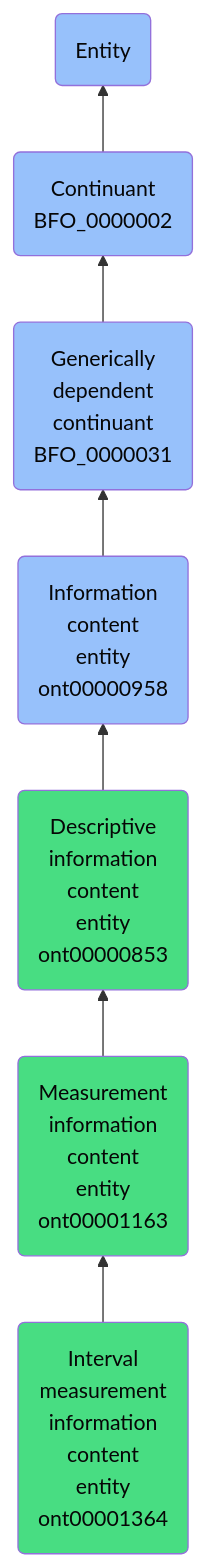
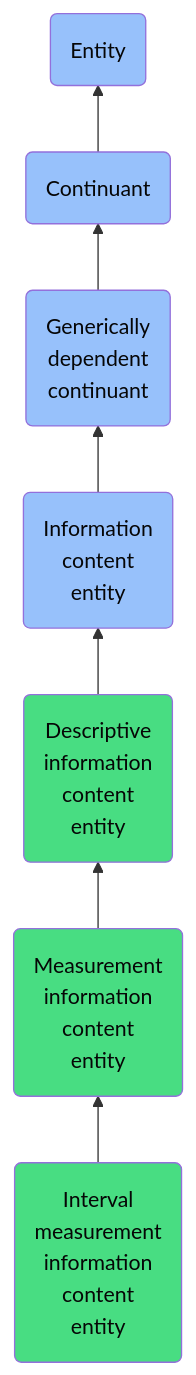
One commit to jupyter-naas/abi changed the diagram in docs/ontology/reference/model/Entity/Continuant/Generically dependent continuant/Information content entity/Descriptive information content entity/Measurement information content entity/Interval measurement information content entity/Interval measurement information content entity.md. Above: the diagram before and after it, drawn with Mermaid. The commit also changed other lines of this file and 1430 other files, not shown here.

````diff
--- a/docs/ontology/reference/model/Entity/Continuant/Generically dependent continuant/Information content entity/Descriptive information content entity/Measurement information content entity/Interval measurement information content entity/Interval measurement information content entity.md
+++ b/docs/ontology/reference/model/Entity/Continuant/Generically dependent continuant/Information content entity/Descriptive information content entity/Measurement information content entity/Interval measurement information content entity/Interval measurement information content entity.md
@@ -24,14 +24,14 @@
 ```mermaid
 graph BT
-    ont00001364(Interval<br>measurement<br>information<br>content<br>entity<br>ont00001364):::ABI-->ont00001163
-    ont00001163(Measurement<br>information<br>content<br>entity<br>ont00001163):::ABI-->ont00000853
-    ont00000853(Descriptive<br>information<br>content<br>entity<br>ont00000853):::ABI-->ont00000958
-    ont00000958(Information<br>content<br>entity<br>ont00000958):::BFO-->BFO_0000031
-    BFO_0000031(Generically<br>dependent<br>continuant<br>BFO_0000031):::BFO-->BFO_0000002
-    BFO_0000002(Continuant<br>BFO_0000002):::BFO-->BFO_0000001
+    ont00001364(Interval<br>measurement<br>information<br>content<br>entity):::ABI-->ont00001163
+    ont00001163(Measurement<br>information<br>content<br>entity):::ABI-->ont00000853
+    ont00000853(Descriptive<br>information<br>content<br>entity):::ABI-->ont00000958
+    ont00000958(Information<br>content<br>entity):::BFO-->BFO_0000031
+    BFO_0000031(Generically<br>dependent<br>continuant):::BFO-->BFO_0000002
+    BFO_0000002(Continuant):::BFO-->BFO_0000001
     BFO_0000001(Entity):::BFO
     
     classDef BFO fill:#97c1fb,color:#060606
     classDef CCO fill:#e4c51e,color:#060606
     classDef ABI fill:#48DD82,color:#060606
 ```
````
